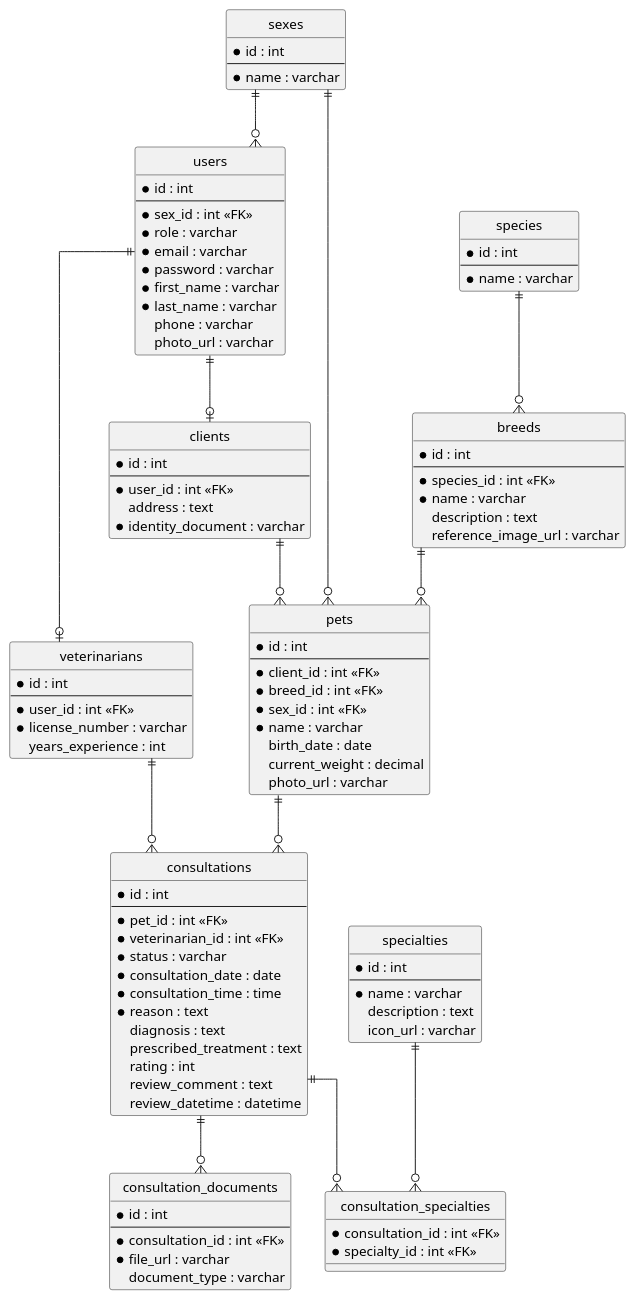
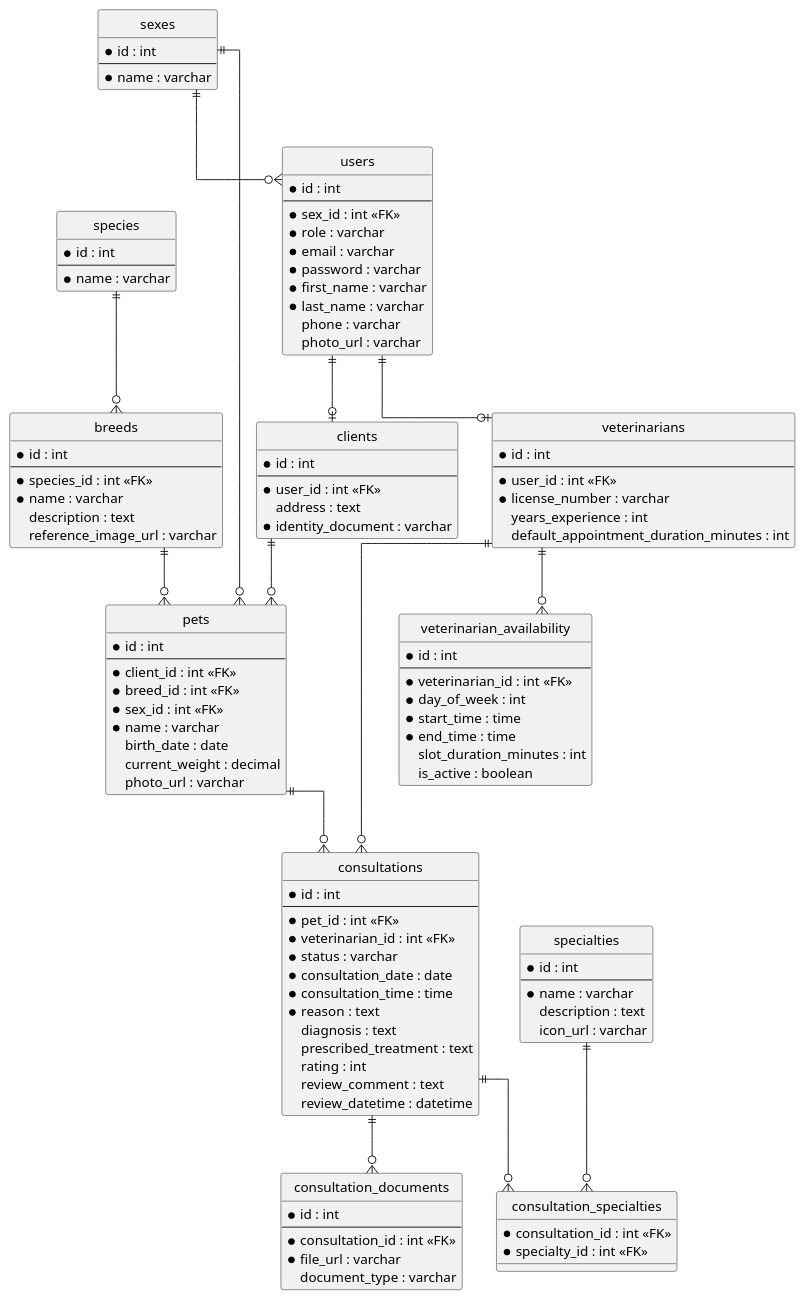
Before and after one commit to W1llpr0/prograMovil: the diagram in schema.puml, drawn with PlantUML. The commit also changed 1 other file, not shown here.

Commit message:
Adjust appointment availability model

```diff
--- a/schema.puml
+++ b/schema.puml
@@ -1,125 +1,138 @@
 @startuml
 ' Ocultar el ícono de clase para estilo DER
 hide circle
 
 ' Líneas ortogonales para mayor orden
 skinparam linetype ortho
 
 entity "sexes" {
   * id : int
   --
   * name : varchar
 }
 
 entity "users" {
   * id : int
   --
   * sex_id : int <<FK>>
   * role : varchar
   * email : varchar
   * password : varchar
   * first_name : varchar
   * last_name : varchar
   phone : varchar
   photo_url : varchar
 }
 
 entity "clients" {
   * id : int
   --
   * user_id : int <<FK>>
   address : text
   * identity_document : varchar
 }
 
 entity "veterinarians" {
   * id : int
   --
   * user_id : int <<FK>>
   * license_number : varchar
   years_experience : int
+  default_appointment_duration_minutes : int
 }
 
 entity "species" {
   * id : int
   --
   * name : varchar
 }
 
 entity "breeds" {
   * id : int
   --
   * species_id : int <<FK>>
   * name : varchar
   description : text
   reference_image_url : varchar
 }
 
 entity "pets" {
   * id : int
   --
   * client_id : int <<FK>>
   * breed_id : int <<FK>>
   * sex_id : int <<FK>>
   * name : varchar
   birth_date : date
   current_weight : decimal
   photo_url : varchar
 }
 
 entity "specialties" {
   * id : int
   --
   * name : varchar
   description : text
   icon_url : varchar
 }
 
 entity "consultations" {
   * id : int
   --
   * pet_id : int <<FK>>
   * veterinarian_id : int <<FK>>
   * status : varchar
   * consultation_date : date
   * consultation_time : time
   * reason : text
   diagnosis : text
   prescribed_treatment : text
   rating : int
   review_comment : text
   review_datetime : datetime
 }
 
+entity "veterinarian_availability" {
+  * id : int
+  --
+  * veterinarian_id : int <<FK>>
+  * day_of_week : int
+  * start_time : time
+  * end_time : time
+  slot_duration_minutes : int
+  is_active : boolean
+}
+
 entity "consultation_documents" {
   * id : int
   --
   * consultation_id : int <<FK>>
   * file_url : varchar
   document_type : varchar
 }
 
 entity "consultation_specialties" {
   * consultation_id : int <<FK>>
   * specialty_id : int <<FK>>
 }
 
 ' Relaciones de Autenticación y Perfil Único
 sexes ||--o{ users
 sexes ||--o{ pets
 users ||--o| clients
 users ||--o| veterinarians
 
 ' Relaciones del Catálogo de Animales
 species ||--o{ breeds
 breeds ||--o{ pets
 clients ||--o{ pets
 
 ' Relaciones de Consultas Médicas
 pets ||--o{ consultations
 veterinarians ||--o{ consultations
+veterinarians ||--o{ veterinarian_availability
 consultations ||--o{ consultation_documents
 consultations ||--o{ consultation_specialties
 specialties ||--o{ consultation_specialties
 
 @enduml
```
